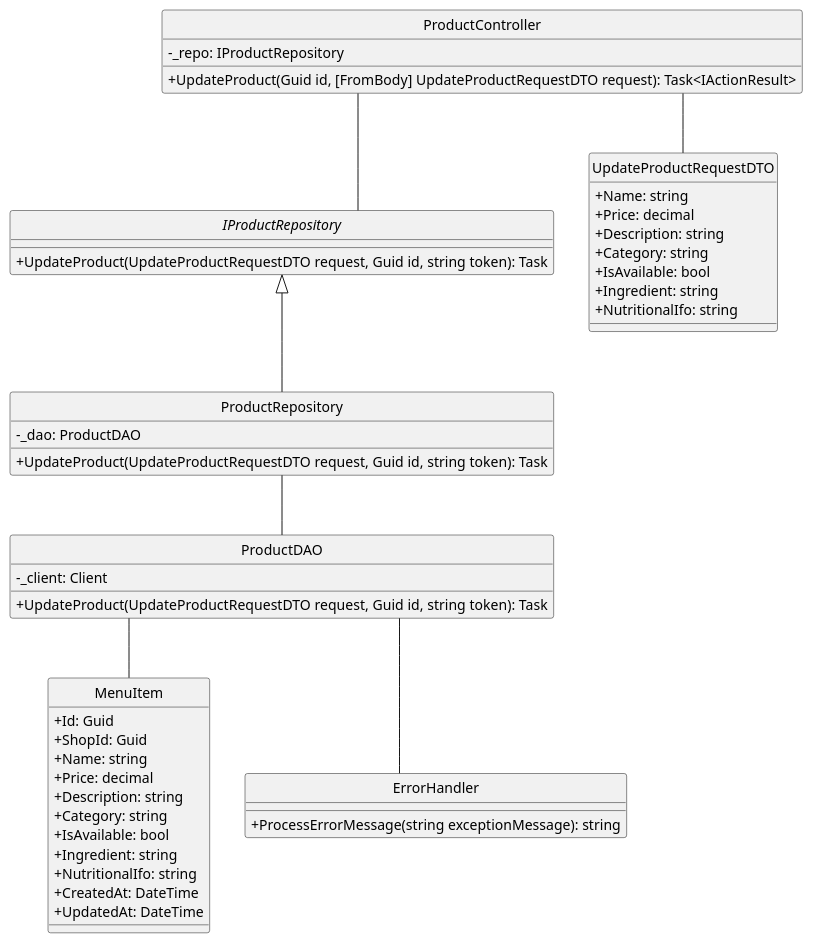
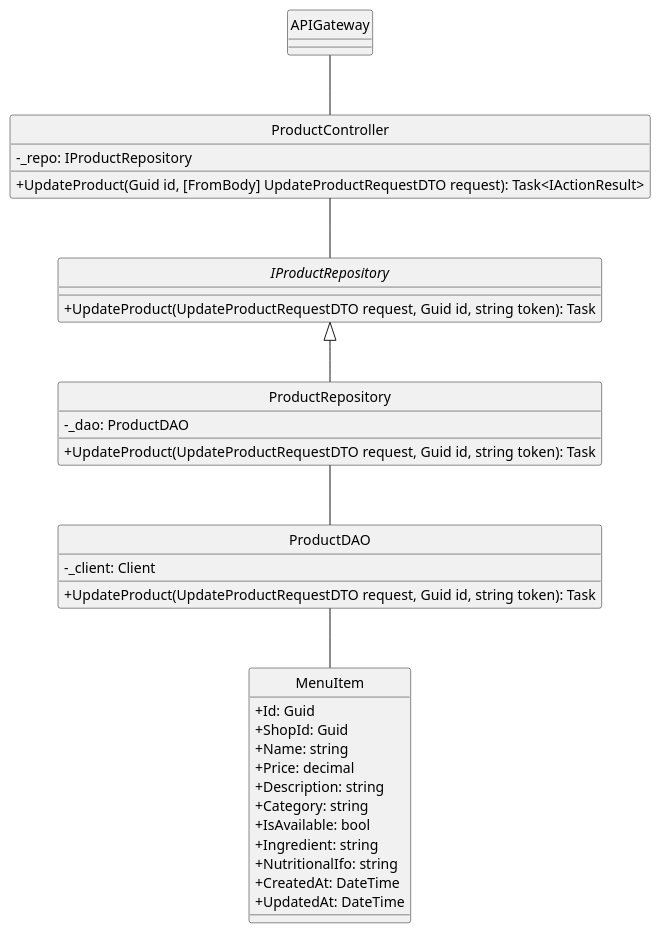
The diagram in docs/ClassDiagram/Product/UpdateProduct.plantuml (minhnhut23/FPT-OBOMS), drawn with PlantUML before and after one commit. The commit also changed 44 other files, not shown here.

```diff
--- a/docs/ClassDiagram/Product/UpdateProduct.plantuml
+++ b/docs/ClassDiagram/Product/UpdateProduct.plantuml
@@ -1,68 +1,54 @@
 @startuml
 hide circle
 skinparam classAttributeIconSize 0
 skinparam linetype ortho
 
+class APIGateway {
+}
 ' Controller exposing the UpdateProduct endpoint
 class ProductController {
     - _repo: IProductRepository
     + UpdateProduct(Guid id, [FromBody] UpdateProductRequestDTO request): Task<IActionResult>
 }
 
 ' Repository interface declaring the UpdateProduct method
 interface IProductRepository {
     + UpdateProduct(UpdateProductRequestDTO request, Guid id, string token): Task
 }
 
 ' Repository implementation that delegates to the DAO
 class ProductRepository {
     - _dao: ProductDAO
     + UpdateProduct(UpdateProductRequestDTO request, Guid id, string token): Task
 }
 
 ' Data Access Object handling the update operation
 class ProductDAO {
     - _client: Client
     + UpdateProduct(UpdateProductRequestDTO request, Guid id, string token): Task
 }
 
-' Data Transfer Object carrying updated product details
-class UpdateProductRequestDTO {
-    + Name: string
-    + Price: decimal
-    + Description: string
-    + Category: string
-    + IsAvailable: bool
-    + Ingredient: string
-    + NutritionalIfo: string
-}
 
 ' Domain model representing a product record
 class MenuItem {
     + Id: Guid
     + ShopId: Guid
     + Name: string
     + Price: decimal
     + Description: string
     + Category: string
     + IsAvailable: bool
     + Ingredient: string
     + NutritionalIfo: string
     + CreatedAt: DateTime
     + UpdatedAt: DateTime
 }
 
-' Utility class for error handling
-class ErrorHandler {
-    + ProcessErrorMessage(string exceptionMessage): string
-}
 
 ' Relationships
+APIGateway -- ProductController
 ProductController -- IProductRepository
 IProductRepository <|-- ProductRepository
 ProductRepository -- ProductDAO
-ProductController -- UpdateProductRequestDTO
 ProductDAO -- MenuItem
-ProductDAO -- ErrorHandler
-
 @enduml
```
